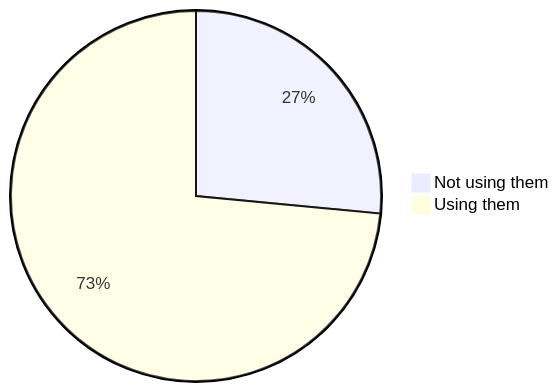
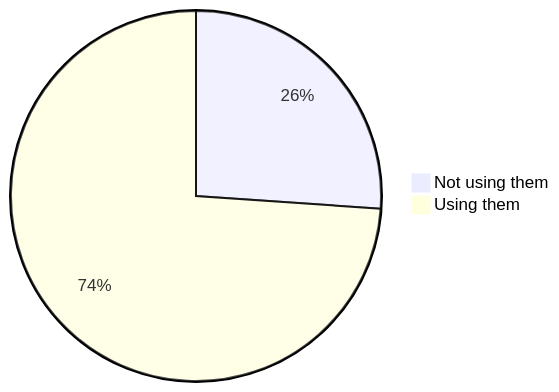
One commit to oshp/oshp-stats changed the first of 22 diagrams in stats.md. Above: the diagram before and after it, drawn with Mermaid. The commit also changed other lines of this file, not shown here.

````diff
--- a/stats.md
+++ b/stats.md
@@ -10,6 +10,6 @@
 ```mermaid
 pie
-	"Not using them" : 26.51
-	"Using them" : 73.49
+	"Not using them" : 26.1
+	"Using them" : 73.9
 
 ```
````
